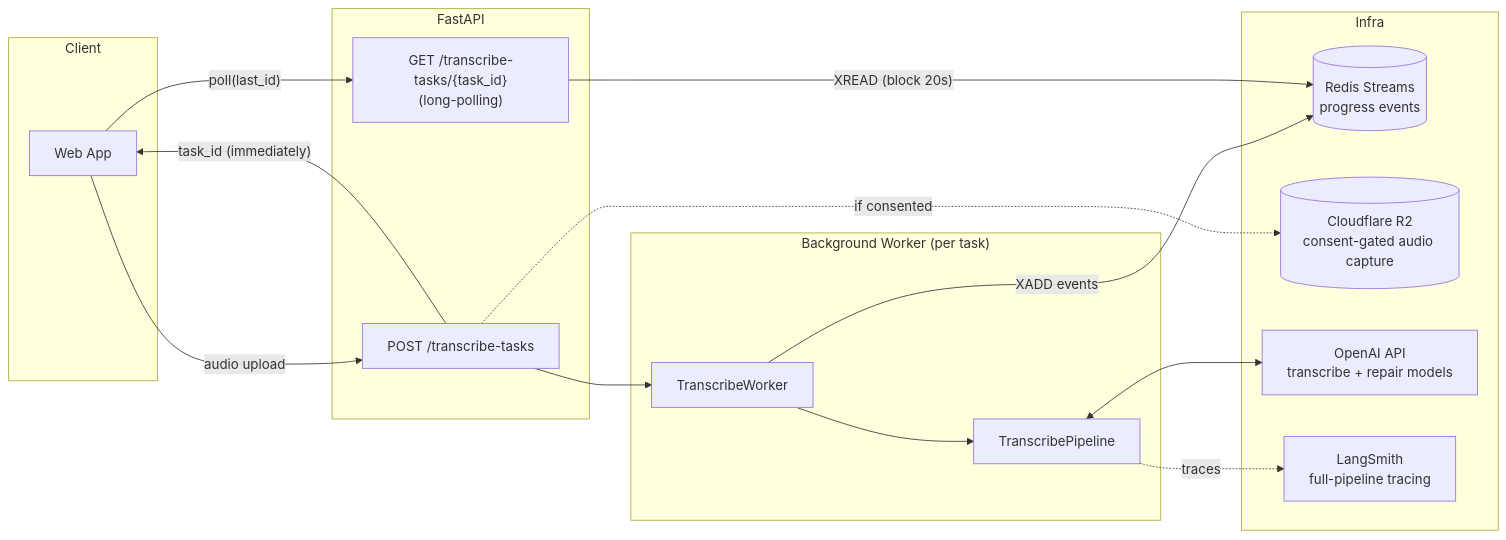
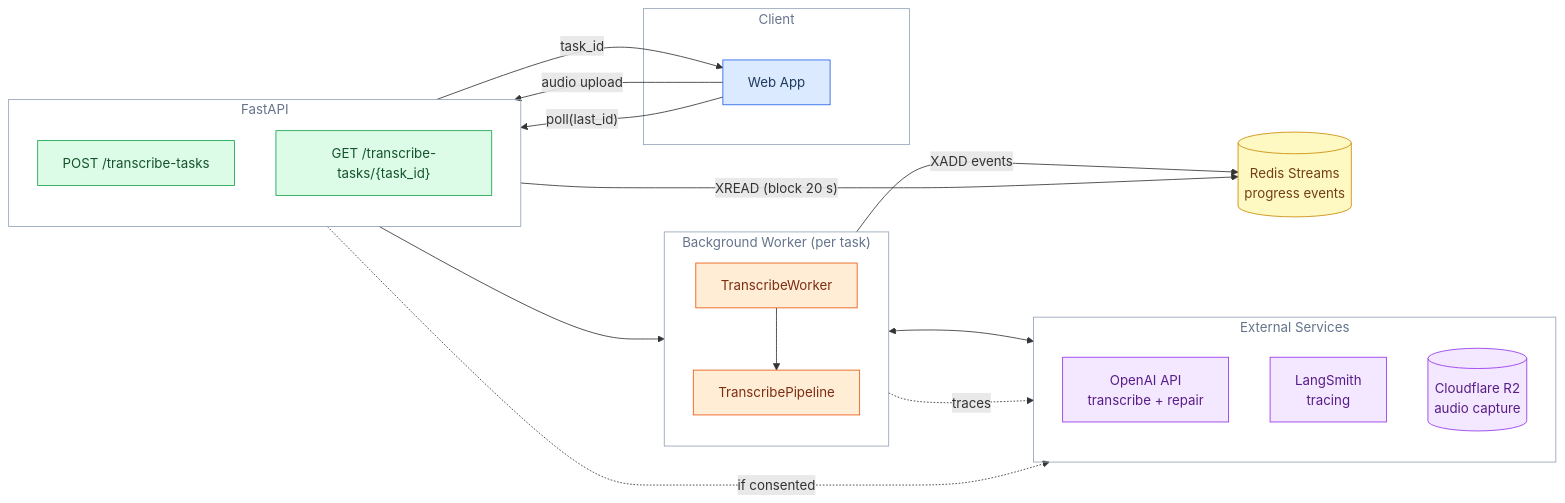
Before and after one commit to wei-yiting/jin-t-backend: the first of 3 diagrams in README.md, drawn with Mermaid. The commit also changed other lines of this file, not shown here.

Commit message:
docs: color-code README diagrams by function and rebalance layout

````diff
--- a/README.md
+++ b/README.md
@@ -23,34 +23,51 @@
 ```mermaid
 flowchart LR
-    subgraph Client
+    subgraph CL["Client"]
         FE[Web App]
     end
 
     subgraph API["FastAPI"]
+        direction TB
         EP["POST /transcribe-tasks"]
-        POLL["GET /transcribe-tasks/{task_id}<br/>(long-polling)"]
+        POLL["GET /transcribe-tasks/{task_id}"]
     end
 
-    subgraph Background["Background Worker (per task)"]
+    subgraph BG["Background Worker (per task)"]
+        direction TB
         W[TranscribeWorker]
         P[TranscribePipeline]
     end
 
-    subgraph Infra
-        R[(Redis Streams<br/>progress events)]
-        R2[(Cloudflare R2<br/>consent-gated audio capture)]
-        OAI[OpenAI API<br/>transcribe + repair models]
-        LS[LangSmith<br/>full-pipeline tracing]
+    subgraph EXT["External Services"]
+        direction TB
+        OAI["OpenAI API<br/>transcribe + repair"]
+        LS["LangSmith<br/>tracing"]
+        R2[("Cloudflare R2<br/>audio capture")]
     end
 
+    R[("Redis Streams<br/>progress events")]
+
     FE -- "audio upload" --> EP
-    EP -- "task_id (immediately)" --> FE
+    EP -- "task_id" --> FE
     EP --> W
     EP -. "if consented" .-> R2
     W --> P
     P <--> OAI
-    W -- XADD events --> R
+    P -. "traces" .-> LS
+    W -- "XADD events" --> R
     FE -- "poll(last_id)" --> POLL
-    POLL -- XREAD (block 20s) --> R
-    P -. traces .-> LS
+    POLL -- "XREAD (block 20 s)" --> R
+
+    classDef client fill:#dbeafe,stroke:#2563eb,color:#1e3a5f
+    classDef api fill:#dcfce7,stroke:#16a34a,color:#14532d
+    classDef worker fill:#ffedd5,stroke:#ea580c,color:#7c2d12
+    classDef ext fill:#f3e8ff,stroke:#9333ea,color:#581c87
+    classDef store fill:#fef9c3,stroke:#ca8a04,color:#713f12
+    classDef zone fill:transparent,stroke:#94a3b8,color:#64748b
+    class FE client
+    class EP,POLL api
+    class W,P worker
+    class OAI,LS,R2 ext
+    class R store
+    class CL,API,BG,EXT zone
 ```
````
